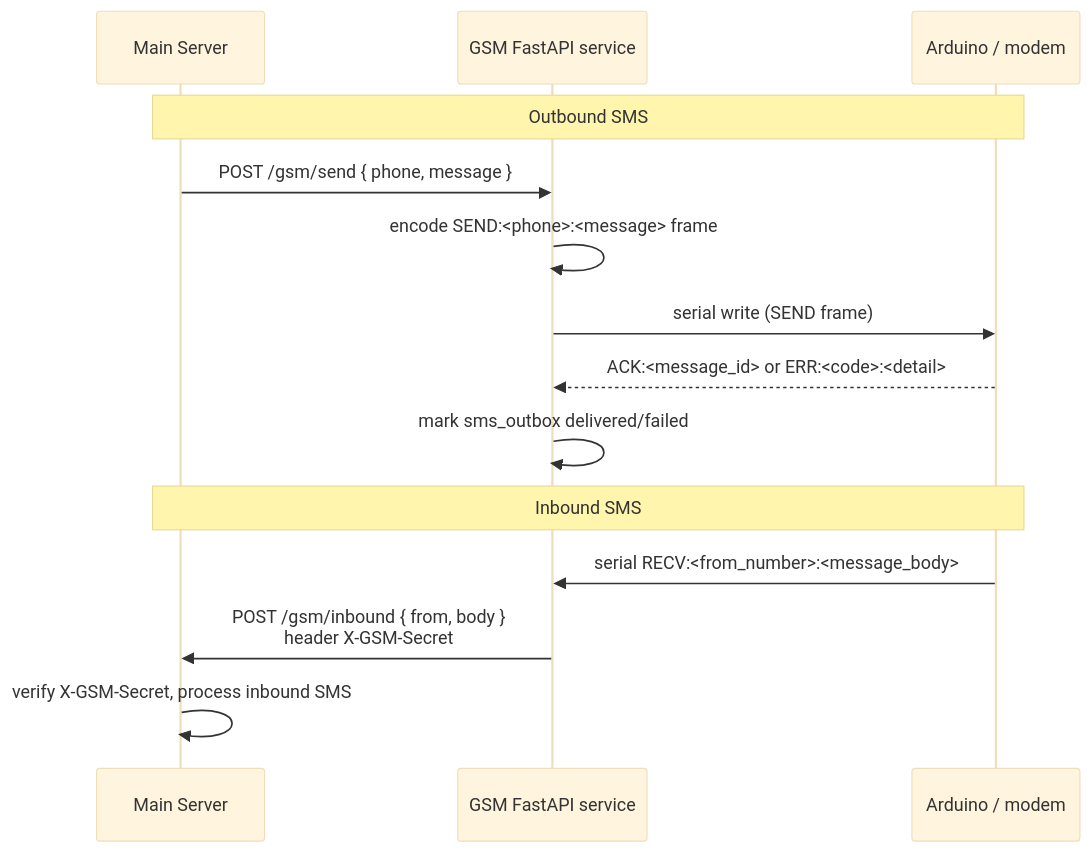
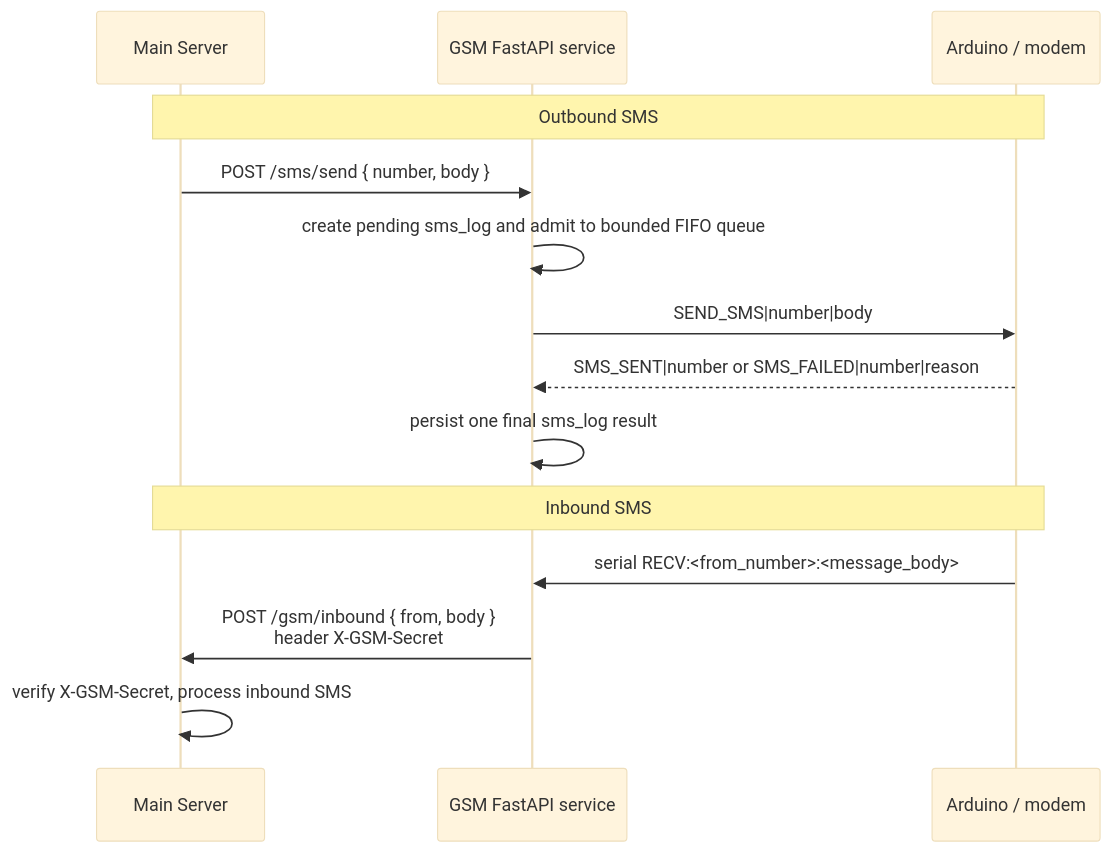
Before and after one commit to SAPOT-System/YLP-software: the first of 2 diagrams in docs/features/sms-gateway/design.md, drawn with Mermaid (base theme). The commit also changed other lines of this file and 8 other files, not shown here.

Commit message:
docs(docs-gsm): document outbound queue saturation

````diff
--- a/docs/features/sms-gateway/design.md
+++ b/docs/features/sms-gateway/design.md
@@ -31,18 +31,18 @@
 ```mermaid
 sequenceDiagram
     participant Main as Main Server
     participant GSM as GSM FastAPI service
     participant Ard as Arduino / modem
 
     Note over Main,Ard: Outbound SMS
-    Main->>GSM: POST /gsm/send { phone, message }
-    GSM->>GSM: encode SEND:<phone>:<message> frame
-    GSM->>Ard: serial write (SEND frame)
-    Ard-->>GSM: ACK:<message_id> or ERR:<code>:<detail>
-    GSM->>GSM: mark sms_outbox delivered/failed
+    Main->>GSM: POST /sms/send { number, body }
+    GSM->>GSM: create pending sms_log and admit to bounded FIFO queue
+    GSM->>Ard: SEND_SMS|number|body
+    Ard-->>GSM: SMS_SENT|number or SMS_FAILED|number|reason
+    GSM->>GSM: persist one final sms_log result
 
     Note over Main,Ard: Inbound SMS
     Ard->>GSM: serial RECV:<from_number>:<message_body>
     GSM->>Main: POST /gsm/inbound { from, body }<br/>header X-GSM-Secret
     Main->>Main: verify X-GSM-Secret, process inbound SMS
 ```
````
